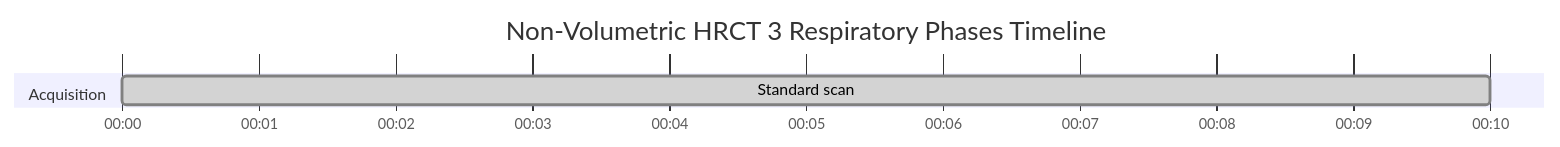
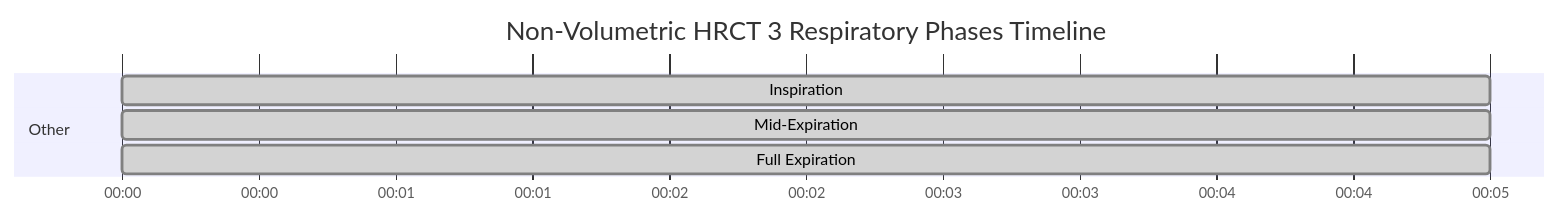
One commit to dfergs93/radiology-protocols changed the diagram in docs/ct/chest/non-volumetric-hrct-3-respiratory-phases.md. Above: the diagram before and after it, drawn with Mermaid. The commit also changed 101 other files, not shown here.

````diff
--- a/docs/ct/chest/non-volumetric-hrct-3-respiratory-phases.md
+++ b/docs/ct/chest/non-volumetric-hrct-3-respiratory-phases.md
@@ -72,13 +72,17 @@
   ```mermaid
   ---
+  displayMode: compact
   config:
     theme: default
+    themeCSS: " #Saline{ fill: #4ed5ff; stroke: #2094f3; } "
   ---
     gantt
       title Non-Volumetric HRCT 3 Respiratory Phases Timeline
       dateFormat mm:ss
       axisFormat %M:%S 
       
-      section Acquisition
-      Standard scan    :done, scan1, 00:00, 10s
+      section Other
+      Inspiration    :done, scan1, 00:00, 5s
+      Mid-Expiration    :done, scan2, 00:00, 5s
+      Full Expiration    :done, scan3, 00:00, 5s
   ```
````
